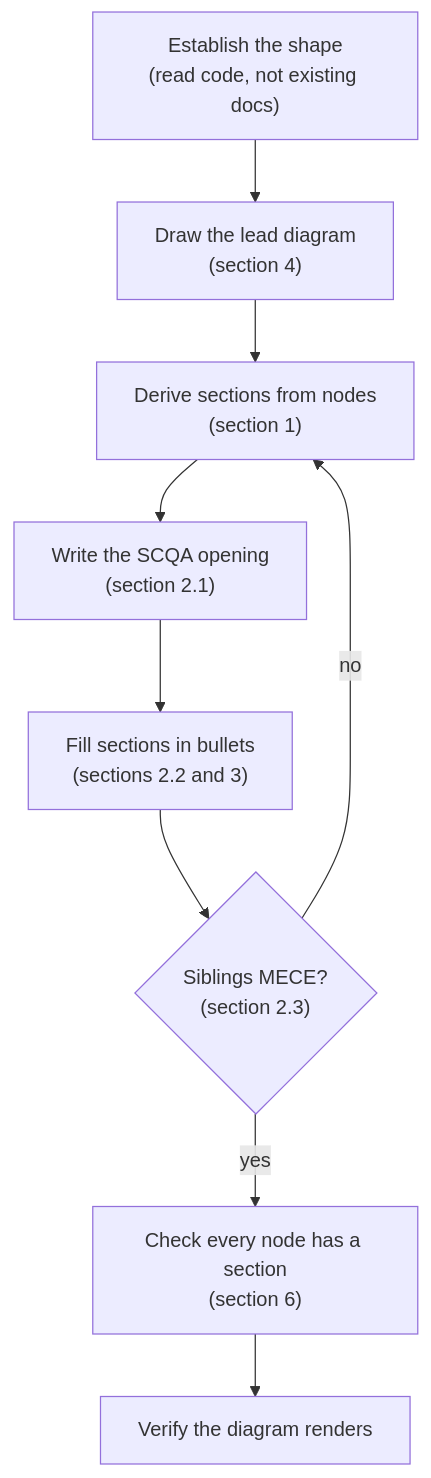
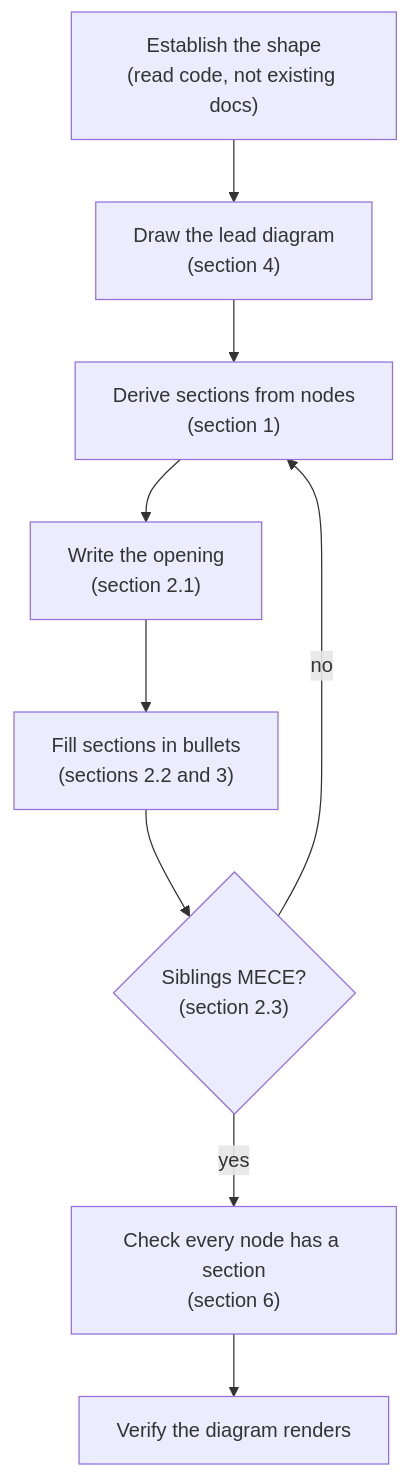
The first of 2 diagrams in skills/visual-docs/SKILL.md (ac8318740/spechub), drawn with Mermaid before and after one commit. The commit also changed other lines of this file and 9 other files, not shown here.

````diff
--- a/skills/visual-docs/SKILL.md
+++ b/skills/visual-docs/SKILL.md
@@ -14,11 +18,11 @@
 ```mermaid
 flowchart TD
     A["Establish the shape<br/>(read code, not existing docs)"] --> B["Draw the lead diagram<br/>(section 4)"]
     B --> C["Derive sections from nodes<br/>(section 1)"]
-    C --> D["Write the SCQA opening<br/>(section 2.1)"]
+    C --> D["Write the opening<br/>(section 2.1)"]
     D --> E["Fill sections in bullets<br/>(sections 2.2 and 3)"]
     E --> F{"Siblings MECE?<br/>(section 2.3)"}
     F -->|no| C
     F -->|yes| G["Check every node has a section<br/>(section 6)"]
     G --> H["Verify the diagram renders"]
 ```
````
